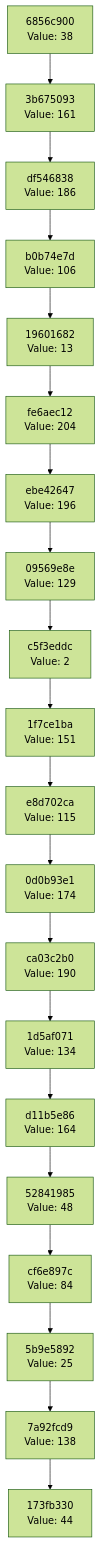
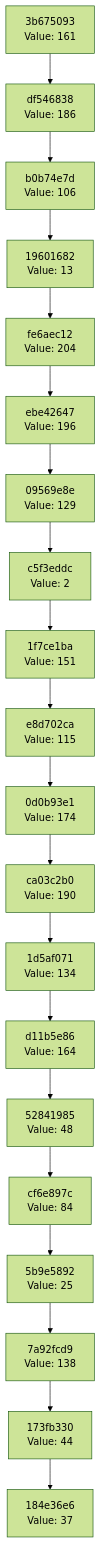
The diagram in docs/CHAIN_VISUALIZATION.md (Abhisheksinha1506/hash-chain-evolver), drawn with Mermaid (forest theme) before and after one commit. The commit also changed 2 other files, not shown here.

Commit message:
Evolution Step

````diff
--- a/docs/CHAIN_VISUALIZATION.md
+++ b/docs/CHAIN_VISUALIZATION.md
@@ -3,42 +3,42 @@
 ```mermaid
 graph TD
-    C0["173fb330<br/>Value: 44"]
-    C1["7a92fcd9<br/>Value: 138"]
+    C0["184e36e6<br/>Value: 37"]
+    C1["173fb330<br/>Value: 44"]
     C1 --> C0
-    C2["5b9e5892<br/>Value: 25"]
+    C2["7a92fcd9<br/>Value: 138"]
     C2 --> C1
-    C3["cf6e897c<br/>Value: 84"]
+    C3["5b9e5892<br/>Value: 25"]
     C3 --> C2
-    C4["52841985<br/>Value: 48"]
+    C4["cf6e897c<br/>Value: 84"]
     C4 --> C3
-    C5["d11b5e86<br/>Value: 164"]
+    C5["52841985<br/>Value: 48"]
     C5 --> C4
-    C6["1d5af071<br/>Value: 134"]
+    C6["d11b5e86<br/>Value: 164"]
     C6 --> C5
-    C7["ca03c2b0<br/>Value: 190"]
+    C7["1d5af071<br/>Value: 134"]
     C7 --> C6
-    C8["0d0b93e1<br/>Value: 174"]
+    C8["ca03c2b0<br/>Value: 190"]
     C8 --> C7
-    C9["e8d702ca<br/>Value: 115"]
+    C9["0d0b93e1<br/>Value: 174"]
     C9 --> C8
-    C10["1f7ce1ba<br/>Value: 151"]
+    C10["e8d702ca<br/>Value: 115"]
     C10 --> C9
-    C11["c5f3eddc<br/>Value: 2"]
+    C11["1f7ce1ba<br/>Value: 151"]
     C11 --> C10
-    C12["09569e8e<br/>Value: 129"]
+    C12["c5f3eddc<br/>Value: 2"]
     C12 --> C11
-    C13["ebe42647<br/>Value: 196"]
+    C13["09569e8e<br/>Value: 129"]
     C13 --> C12
-    C14["fe6aec12<br/>Value: 204"]
+    C14["ebe42647<br/>Value: 196"]
     C14 --> C13
-    C15["19601682<br/>Value: 13"]
+    C15["fe6aec12<br/>Value: 204"]
     C15 --> C14
-    C16["b0b74e7d<br/>Value: 106"]
+    C16["19601682<br/>Value: 13"]
     C16 --> C15
-    C17["df546838<br/>Value: 186"]
+    C17["b0b74e7d<br/>Value: 106"]
     C17 --> C16
-    C18["3b675093<br/>Value: 161"]
+    C18["df546838<br/>Value: 186"]
     C18 --> C17
-    C19["6856c900<br/>Value: 38"]
+    C19["3b675093<br/>Value: 161"]
     C19 --> C18
 ```
````
